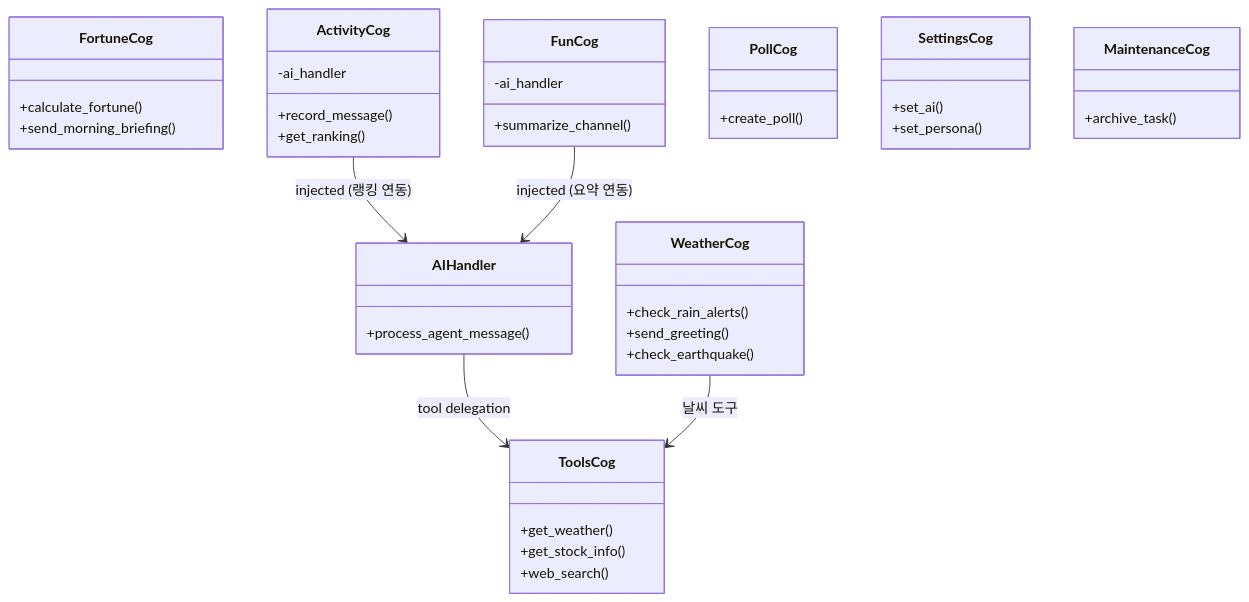
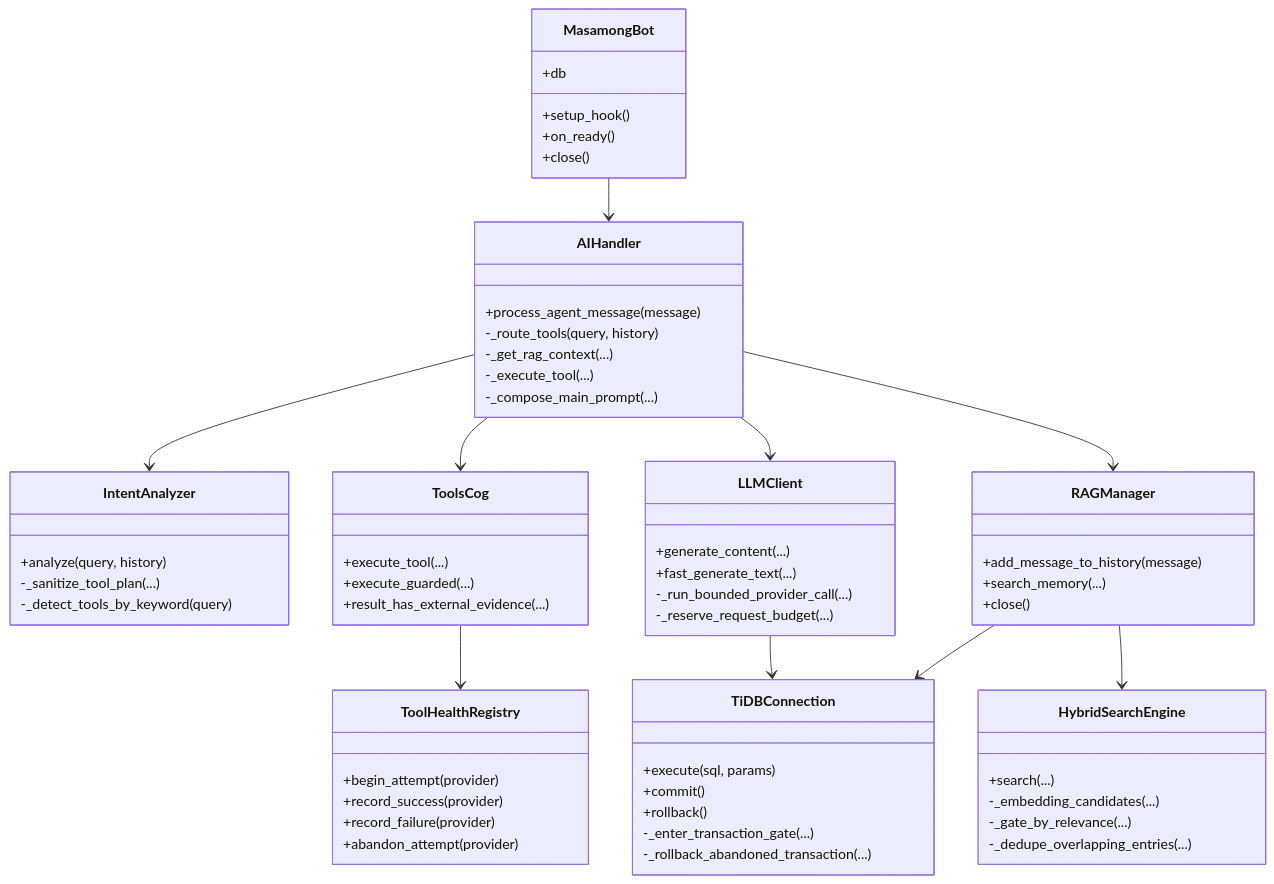
The second of 11 diagrams in docs/UML_SPEC.en.md (kim0040/masamong), drawn with Mermaid before and after one commit. The commit also changed other lines of this file and 47 other files, not shown here.

````diff
--- a/docs/UML_SPEC.en.md
+++ b/docs/UML_SPEC.en.md
@@ -364,44 +46,66 @@
 ```mermaid
 classDiagram
+    class MasamongBot {
+        +db
+        +setup_hook()
+        +on_ready()
+        +close()
+    }
     class AIHandler {
-        +process_agent_message()
+        +process_agent_message(message)
+        -_route_tools(query, history)
+        -_get_rag_context(...)
+        -_execute_tool(...)
+        -_compose_main_prompt(...)
+    }
+    class IntentAnalyzer {
+        +analyze(query, history)
+        -_sanitize_tool_plan(...)
+        -_detect_tools_by_keyword(query)
+    }
+    class LLMClient {
+        +generate_content(...)
+        +fast_generate_text(...)
+        -_run_bounded_provider_call(...)
+        -_reserve_request_budget(...)
     }
     class ToolsCog {
-        +get_weather()
-        +get_stock_info()
-        +web_search()
+        +execute_tool(...)
+        +execute_guarded(...)
+        +result_has_external_evidence(...)
     }
-    class WeatherCog {
-        +check_rain_alerts()
-        +send_greeting()
-        +check_earthquake()
+    class ToolHealthRegistry {
+        +begin_attempt(provider)
+        +record_success(provider)
+        +record_failure(provider)
+        +abandon_attempt(provider)
     }
-    class FortuneCog {
-        +calculate_fortune()
-        +send_morning_briefing()
+    class RAGManager {
+        +add_message_to_history(message)
+        +search_memory(...)
+        +close()
     }
-    class ActivityCog {
-        +record_message()
-        +get_ranking()
-        -ai_handler
+    class HybridSearchEngine {
+        +search(...)
+        -_embedding_candidates(...)
+        -_gate_by_relevance(...)
+        -_dedupe_overlapping_entries(...)
     }
-    class FunCog {
-        +summarize_channel()
-        -ai_handler
-    }
-    class PollCog {
-        +create_poll()
-    }
-    class SettingsCog {
-        +set_ai()
-        +set_persona()
-    }
-    class MaintenanceCog {
-        +archive_task()
+    class TiDBConnection {
+        +execute(sql, params)
+        +commit()
+        +rollback()
+        -_enter_transaction_gate(...)
+        -_rollback_abandoned_transaction(...)
     }
 
-    AIHandler --> ToolsCog : tool delegation
-    ActivityCog --> AIHandler : injected (랭킹 연동)
-    FunCog --> AIHandler : injected (요약 연동)
-    WeatherCog --> ToolsCog : 날씨 도구
+    MasamongBot --> AIHandler
+    AIHandler --> IntentAnalyzer
+    AIHandler --> LLMClient
+    AIHandler --> ToolsCog
+    AIHandler --> RAGManager
+    ToolsCog --> ToolHealthRegistry
+    RAGManager --> HybridSearchEngine
+    RAGManager --> TiDBConnection
+    LLMClient --> TiDBConnection
 ```
````
